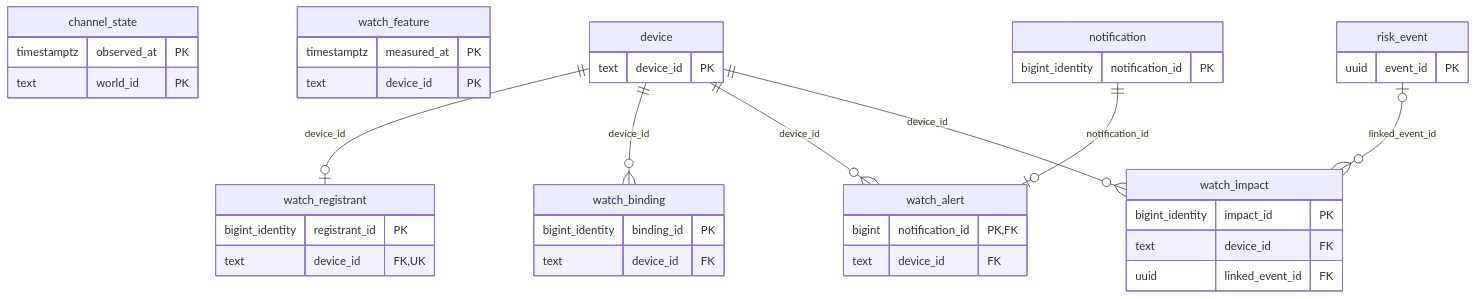
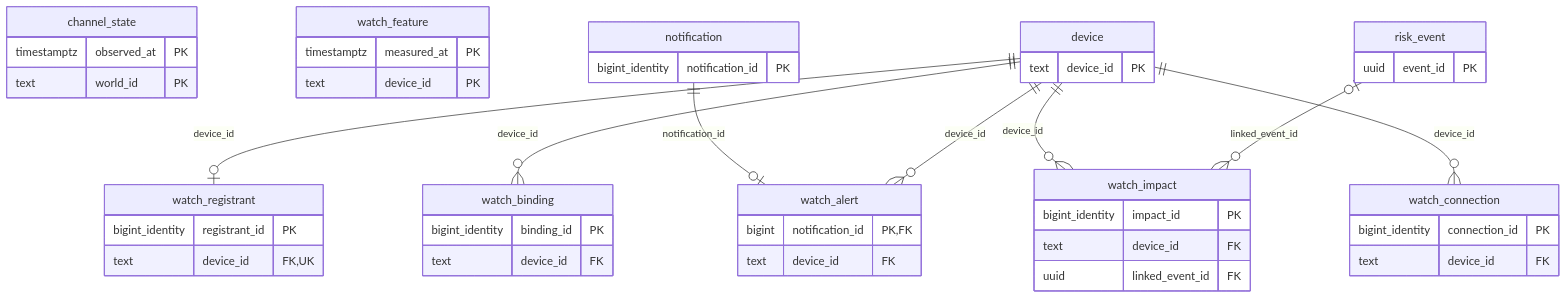
One commit to Janjonghwa/simai changed diagram 12 of 13 in docs/design/db-erd.md. Above: the diagram before and after it, drawn with Mermaid. The commit also changed other lines of this file and 30 other files, not shown here.

Commit message:
[S15P31A101-336] EC2 가 워치를 /ws/watch(기기 토큰, WATCH 만)로 받아 하트비트에 답하고 3회 누락이면 LOST 로 닫으며 연결 상태를 viewer_health.watches 와 watch_connection 에 싣는다

````diff
--- a/docs/design/db-erd.md
+++ b/docs/design/db-erd.md
@@ -837,43 +838,48 @@
 ```mermaid
 erDiagram
     watch_registrant {
         bigint_identity registrant_id PK
         text device_id FK,UK
     }
     watch_binding {
         bigint_identity binding_id PK
         text device_id FK
     }
     channel_state {
         timestamptz observed_at PK
         text world_id PK
     }
     watch_feature {
         timestamptz measured_at PK
         text device_id PK
     }
     watch_alert {
         bigint notification_id PK,FK
         text device_id FK
     }
     watch_impact {
         bigint_identity impact_id PK
         text device_id FK
         uuid linked_event_id FK
     }
+    watch_connection {
+        bigint_identity connection_id PK
+        text device_id FK
+    }
     device {
         text device_id PK
     }
     notification {
         bigint_identity notification_id PK
     }
     risk_event {
         uuid event_id PK
     }
     device ||--o| watch_registrant : "device_id"
     device ||--o{ watch_binding : "device_id"
     notification ||--o| watch_alert : "notification_id"
     device ||--o{ watch_alert : "device_id"
     device ||--o{ watch_impact : "device_id"
     risk_event |o--o{ watch_impact : "linked_event_id"
+    device ||--o{ watch_connection : "device_id"
 ```
````
